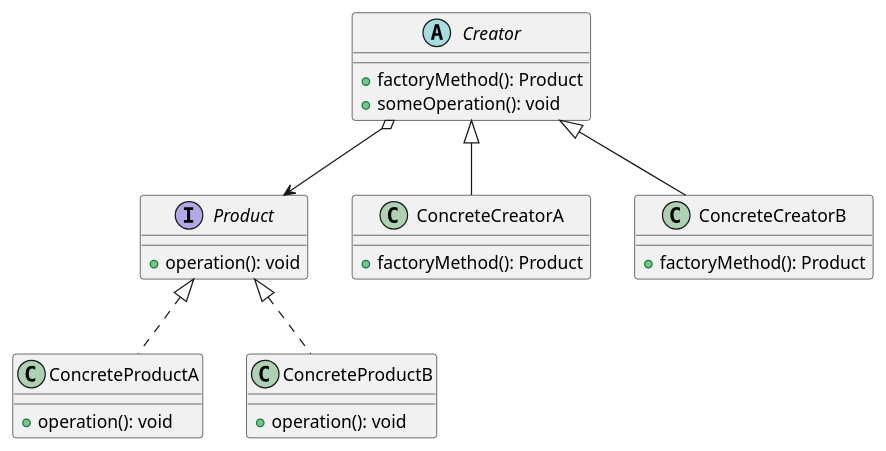
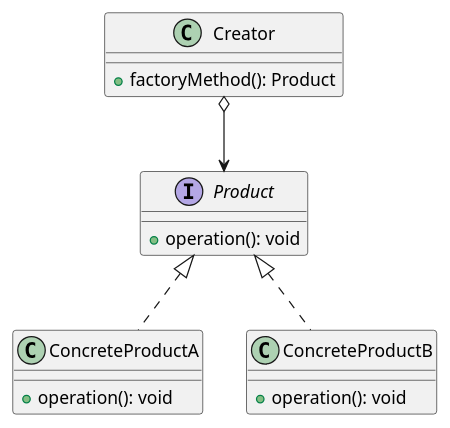
Before and after one commit to dtm03/patterns: the diagram in diagrams/FactoryMethodPattern.puml, drawn with PlantUML. The commit also changed 10 other files, not shown here.

Commit message:
feat: Improve diagrams

```diff
--- a/diagrams/FactoryMethodPattern.puml
+++ b/diagrams/FactoryMethodPattern.puml
@@ -1,33 +1,22 @@
 @startuml
 interface Product {
     +operation(): void
 }
 
 class ConcreteProductA {
     +operation(): void
 }
 
 class ConcreteProductB {
     +operation(): void
 }
 
-abstract class Creator {
-    +factoryMethod(): Product
-    +someOperation(): void
-}
-
-class ConcreteCreatorA {
+class Creator {
     +factoryMethod(): Product
 }
 
-class ConcreteCreatorB {
-    +factoryMethod(): Product
-}
-
-Creator <|-- ConcreteCreatorA
-Creator <|-- ConcreteCreatorB
 Product <|.. ConcreteProductA
 Product <|.. ConcreteProductB
 Creator o--> Product
 
 @enduml
```
